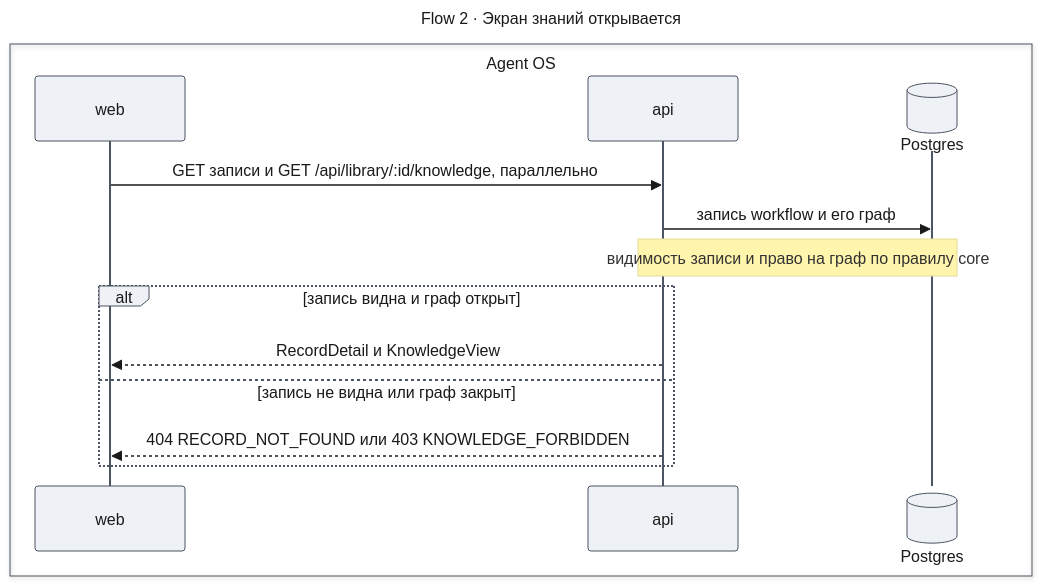
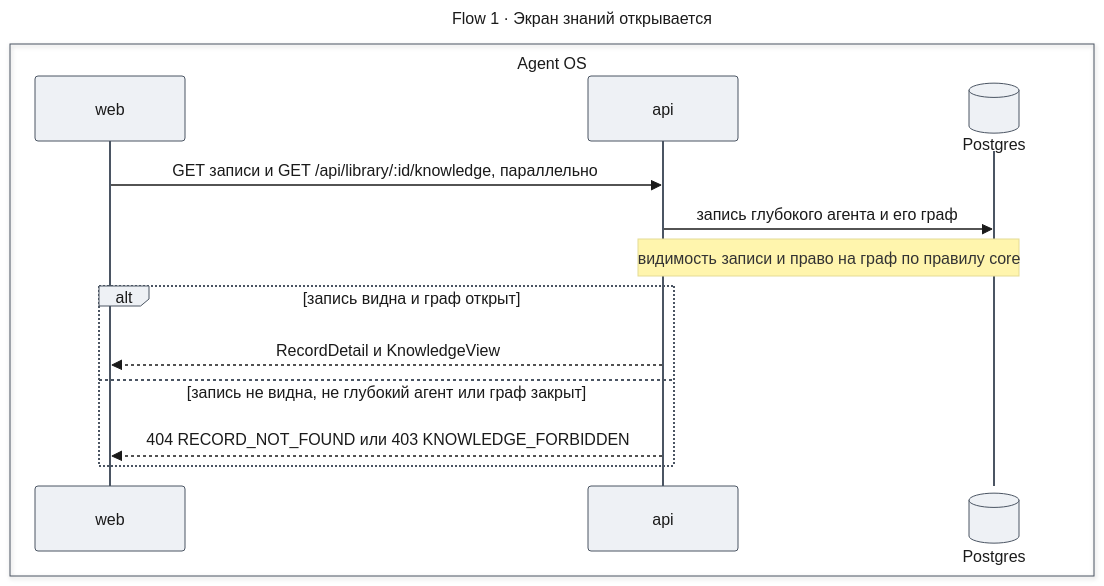
Before and after one commit to tundraray/agent-os: the fourth of 7 diagrams in docs/features/self-learning/design-web.md, drawn with Mermaid. The commit also changed other lines of this file and 13 other files, not shown here.

````diff
--- a/docs/features/self-learning/design-web.md
+++ b/docs/features/self-learning/design-web.md
@@ -486,33 +369,33 @@
 ```mermaid
 ---
-title: "Flow 2 · Экран знаний открывается"
+title: "Flow 1 · Экран знаний открывается"
 config:
   theme: base
   look: classic
   themeVariables:
     primaryColor: "#eef1f5"
     primaryBorderColor: "#4b5563"
     primaryTextColor: "#1a1a1a"
     lineColor: "#6b7280"
   themeCSS: |
     @keyframes litr_wf2{0%,22.5%{stroke:#1d4ed8;stroke-width:6px}25%,100%{stroke:#37474f;stroke-width:2px}}
     .messageLine0[data-id='i0'],.messageLine1[data-id='i0']{animation:litr_wf2 4.8s linear 0s infinite}
     .messageLine0[data-id='i1'],.messageLine1[data-id='i1']{animation:litr_wf2 4.8s linear 1.2s infinite}
     .messageLine0[data-id='i4'],.messageLine1[data-id='i4']{animation:litr_wf2 4.8s linear 2.4s infinite}
     .messageLine0[data-id='i6'],.messageLine1[data-id='i6']{animation:litr_wf2 4.8s linear 3.6s infinite}
 ---
 sequenceDiagram
     box Agent OS
         participant web
         participant api
         participant DB@{ "type": "database" } as Postgres
     end
     web->>api: GET записи и GET /api/library/:id/knowledge, параллельно
-    api->>DB: запись workflow и его граф
+    api->>DB: запись глубокого агента и его граф
     Note over api,DB: видимость записи и право на граф по правилу core
     alt запись видна и граф открыт
         api-->>web: RecordDetail и KnowledgeView
-    else запись не видна или граф закрыт
+    else запись не видна, не глубокий агент или граф закрыт
         api-->>web: 404 RECORD_NOT_FOUND или 403 KNOWLEDGE_FORBIDDEN
     end
 ```
````
